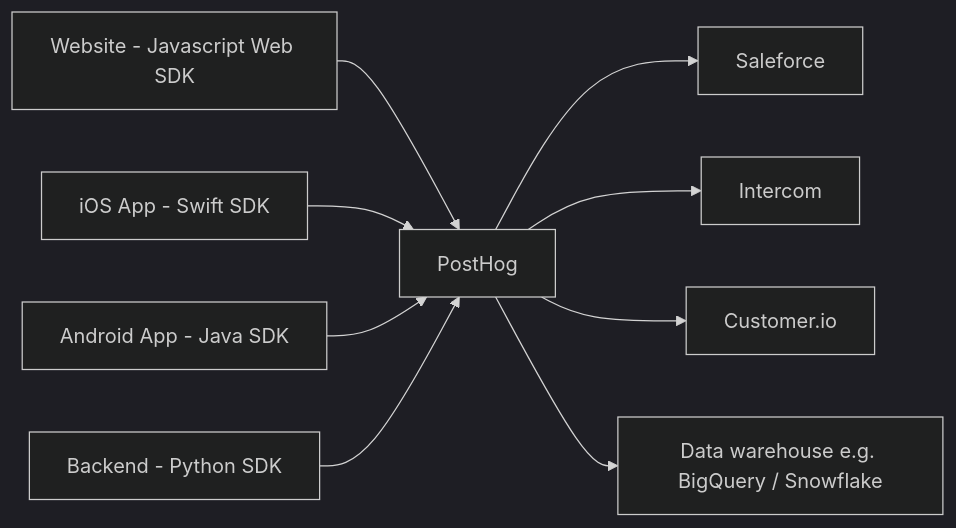
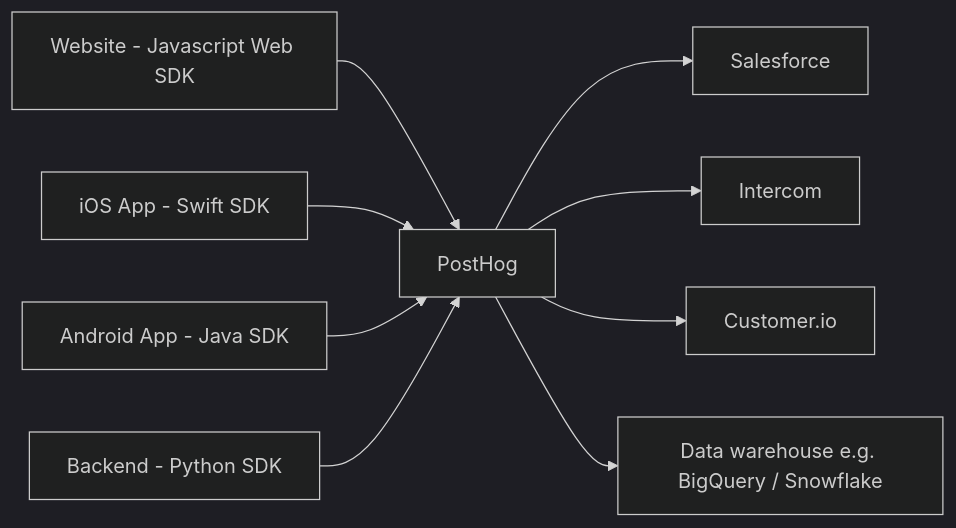
The second of 4 diagrams in vault/packages/posthog/latest/contents/advanced/cdp.md (olorehq/olore), drawn with Mermaid (dark theme) before and after one commit. The commit also changed other lines of this file and 26351 other files, not shown here.

````diff
--- a/vault/packages/posthog/latest/contents/advanced/cdp.md
+++ b/vault/packages/posthog/latest/contents/advanced/cdp.md
@@ -44,11 +44,11 @@
 ```mermaid
 graph LR
 A[Website - Javascript Web SDK] --> B[PostHog]
 C[iOS App - Swift SDK] --> B[PostHog]
 D[Android App - Java SDK] --> B[PostHog]
 E[Backend - Python SDK] --> B[PostHog]
-B[PostHog] --> H[Saleforce]
+B[PostHog] --> H[Salesforce]
 B[PostHog] --> I[Intercom]
 B[PostHog] --> K[Customer.io]
 B[PostHog] --> F[Data warehouse e.g. BigQuery / Snowflake]
 ```
````
